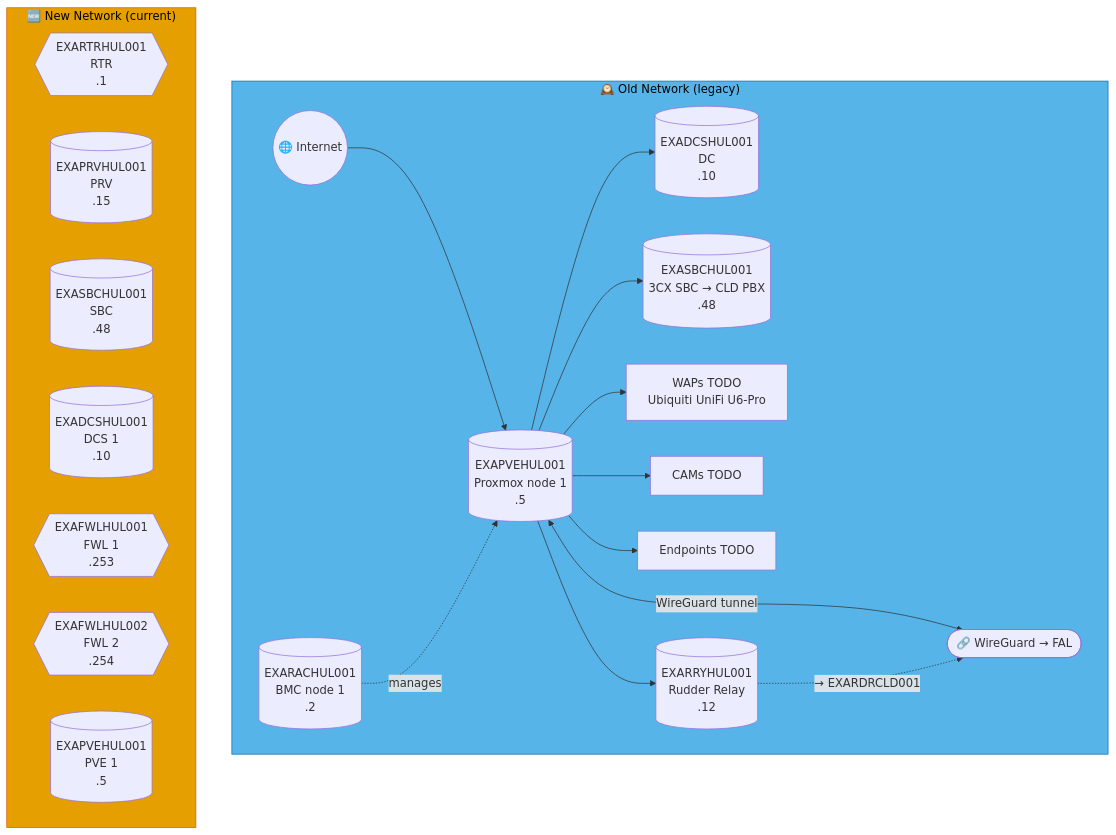
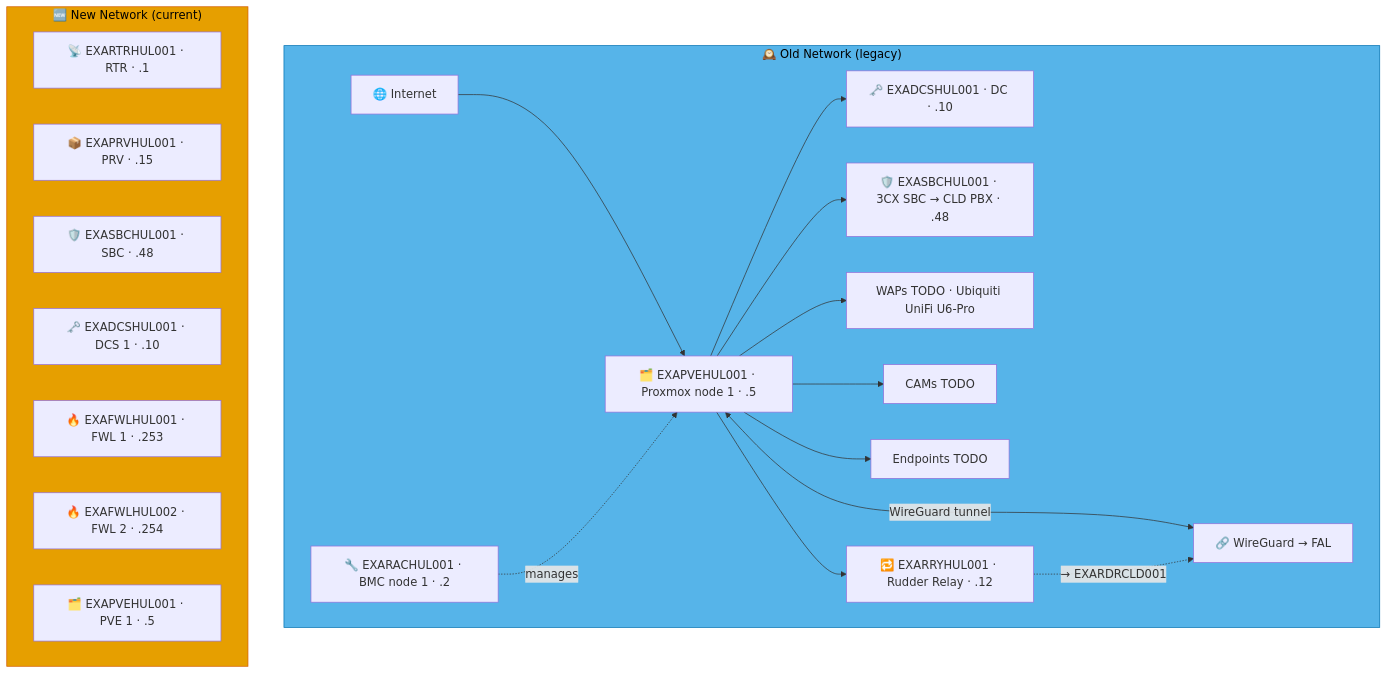
Diagram 16 of 51 in docs/network-diagram.md (knightmare2600/example_music_infra), drawn with Mermaid before and after one commit. The commit also changed other lines of this file and 5 other files, not shown here.

````diff
--- a/docs/network-diagram.md
+++ b/docs/network-diagram.md
@@ -1105,36 +1106,36 @@
 ```mermaid
 graph TD
     subgraph OLD_HUL ["🕰️ Old Network (legacy)"]
-      INET(("🌐 Internet"))
-      RAC[("EXARACHUL001<br/>BMC node 1<br/>.2")]
-      PVE[("EXAPVEHUL001<br/>Proxmox node 1<br/>.5")]
-      DC[("EXADCSHUL001<br/>DC<br/>.10")]
-      SBC[("EXASBCHUL001<br/>3CX SBC → CLD PBX<br/>.48")]
-      RRY[("EXARRYHUL001<br/>Rudder Relay<br/>.12")]
-      WAP["WAPs TODO<br/>Ubiquiti UniFi U6-Pro"]
+      INET["🌐 Internet"]
+      RAC["🔧 EXARACHUL001 · BMC node 1 · .2"]
+      PVE["🗂️ EXAPVEHUL001 · Proxmox node 1 · .5"]
+      DC["🗝️ EXADCSHUL001 · DC · .10"]
+      SBC["🛡️ EXASBCHUL001 · 3CX SBC → CLD PBX · .48"]
+      RRY["🔁 EXARRYHUL001 · Rudder Relay · .12"]
+      WAP["WAPs TODO · Ubiquiti UniFi U6-Pro"]
       CAM["CAMs TODO"]
       EP["Endpoints TODO"]
-      VPN(["🔗 WireGuard → FAL"])
+      VPN["🔗 WireGuard → FAL"]
 
       INET --> PVE --> DC & SBC
       RAC -.->|"manages"| PVE
       PVE --> WAP & CAM & EP
       PVE <-->|"WireGuard tunnel"| VPN
 
       PVE --> RRY
       RRY -. "→ EXARDRCLD001" .-> VPN
     end
     style OLD_HUL fill:#56B4E9,stroke:#0072B2,color:#000000
     %% GENERATED:NEW-NETWORK:HUL:START
     subgraph NEW_HUL ["🆕 New Network (current)"]
-      N_RTR{{"EXARTRHUL001<br/>RTR<br/>.1"}}
-      N_PRV[("EXAPRVHUL001<br/>PRV<br/>.15")]
-      N_SBC[("EXASBCHUL001<br/>SBC<br/>.48")]
-      N_DCS[("EXADCSHUL001<br/>DCS 1<br/>.10")]
-      N_FWL{{"EXAFWLHUL001<br/>FWL 1<br/>.253"}}
-      N_FWL2{{"EXAFWLHUL002<br/>FWL 2<br/>.254"}}
-      N_PVE[("EXAPVEHUL001<br/>PVE 1<br/>.5")]
+      N_RTR["📡 EXARTRHUL001 · RTR · .1"]
+      N_PRV["📦 EXAPRVHUL001 · PRV · .15"]
+      N_SBC["🛡️ EXASBCHUL001 · SBC · .48"]
+      N_DCS["🗝️ EXADCSHUL001 · DCS 1 · .10"]
+      N_FWL["🔥 EXAFWLHUL001 · FWL 1 · .253"]
+      N_FWL2["🔥 EXAFWLHUL002 · FWL 2 · .254"]
+      N_PVE["🗂️ EXAPVEHUL001 · PVE 1 · .5"]
     end
     style NEW_HUL fill:#E69F00,stroke:#D55E00,color:#000000
     %% GENERATED:NEW-NETWORK:HUL:END
 ```
````
